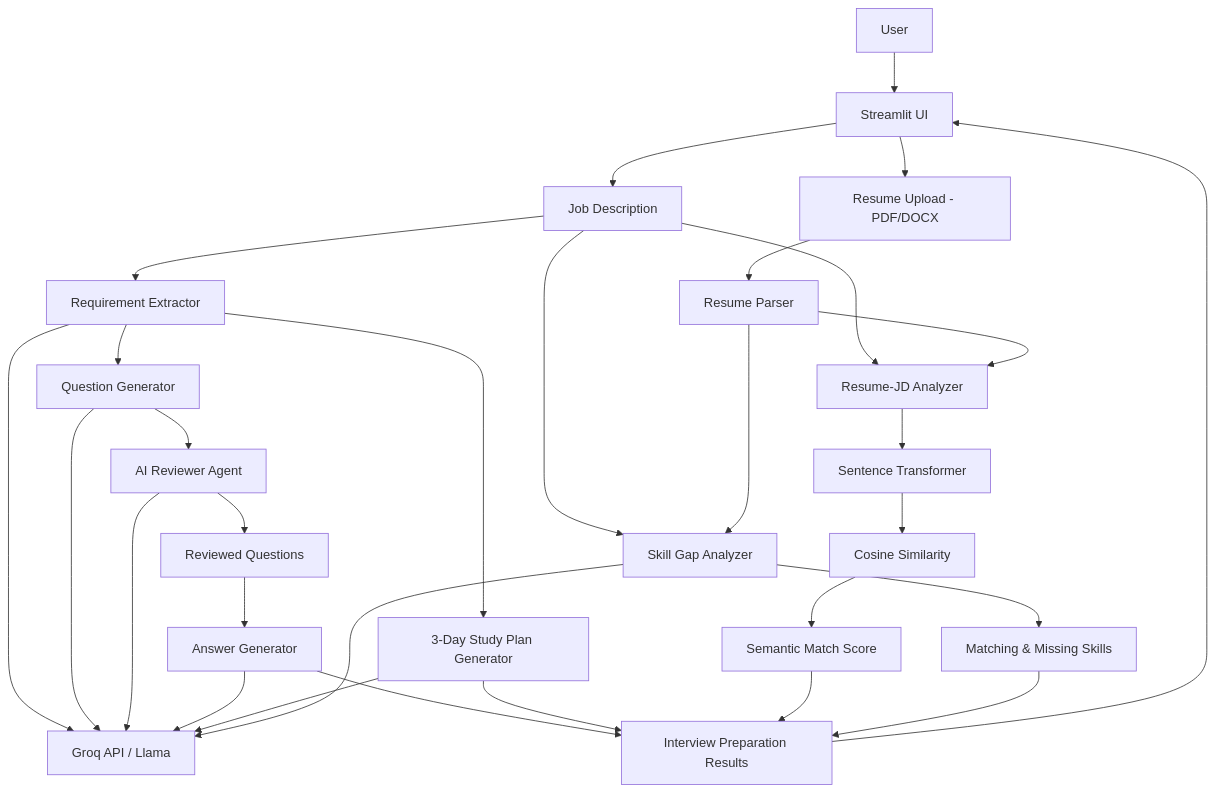
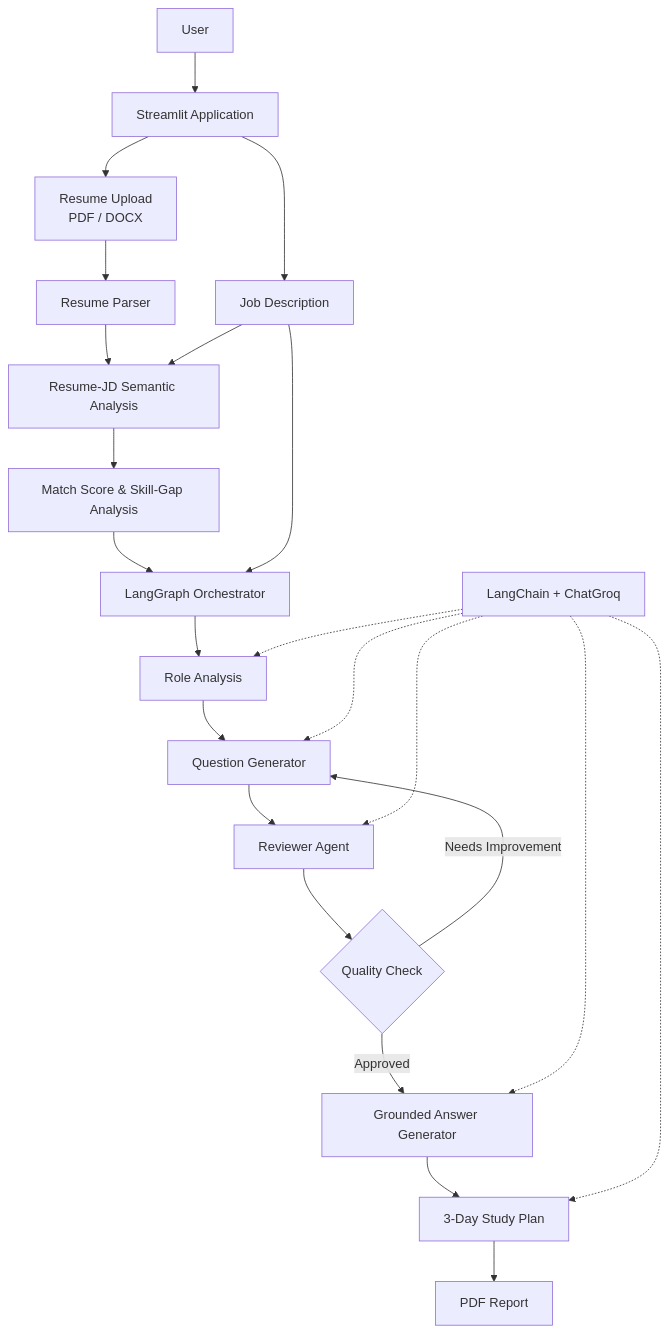
One commit to pallavivhalgade/interview-prep-agent changed the diagram in README.md. Above: the diagram before and after it, drawn with Mermaid. The commit also changed other lines of this file, not shown here.

````diff
--- a/README.md
+++ b/README.md
@@ -25,41 +68,34 @@
 ```mermaid
 flowchart TD
-    A[User] --> B[Streamlit UI]
 
-    B --> C[Job Description]
-    B --> D[Resume Upload - PDF/DOCX]
+    A["User"] --> B["Streamlit Application"]
 
-    D --> E[Resume Parser]
+    B --> C["Resume Upload<br/>PDF / DOCX"]
+    B --> D["Job Description"]
 
-    C --> F[Requirement Extractor]
-    F --> G[Question Generator]
-    G --> H[AI Reviewer Agent]
-    H --> I[Reviewed Questions]
-    I --> J[Answer Generator]
+    C --> E["Resume Parser"]
+    E --> F["Resume-JD Semantic Analysis"]
+    D --> F
 
-    F --> K[3-Day Study Plan Generator]
+    F --> G["Match Score & Skill-Gap Analysis"]
 
-    C --> L[Resume-JD Analyzer]
-    E --> L
-    L --> M[Sentence Transformer]
-    M --> N[Cosine Similarity]
-    N --> O[Semantic Match Score]
+    G --> H["LangGraph Orchestrator"]
+    D --> H
 
-    C --> P[Skill Gap Analyzer]
-    E --> P
-    P --> Q[Matching & Missing Skills]
+    H --> I["Role Analysis"]
+    I --> J["Question Generator"]
+    J --> K["Reviewer Agent"]
+    K --> L{"Quality Check"}
 
-    F --> R[Groq API / Llama]
-    G --> R
-    H --> R
-    J --> R
-    K --> R
-    P --> R
+    L -->|Needs Improvement| J
+    L -->|Approved| M["Grounded Answer Generator"]
 
-    J --> S[Interview Preparation Results]
-    K --> S
-    O --> S
-    Q --> S
+    M --> N["3-Day Study Plan"]
+    N --> O["PDF Report"]
 
-    S --> B
+    P["LangChain + ChatGroq"] -.-> I
+    P -.-> J
+    P -.-> K
+    P -.-> M
+    P -.-> N
 ```
````
